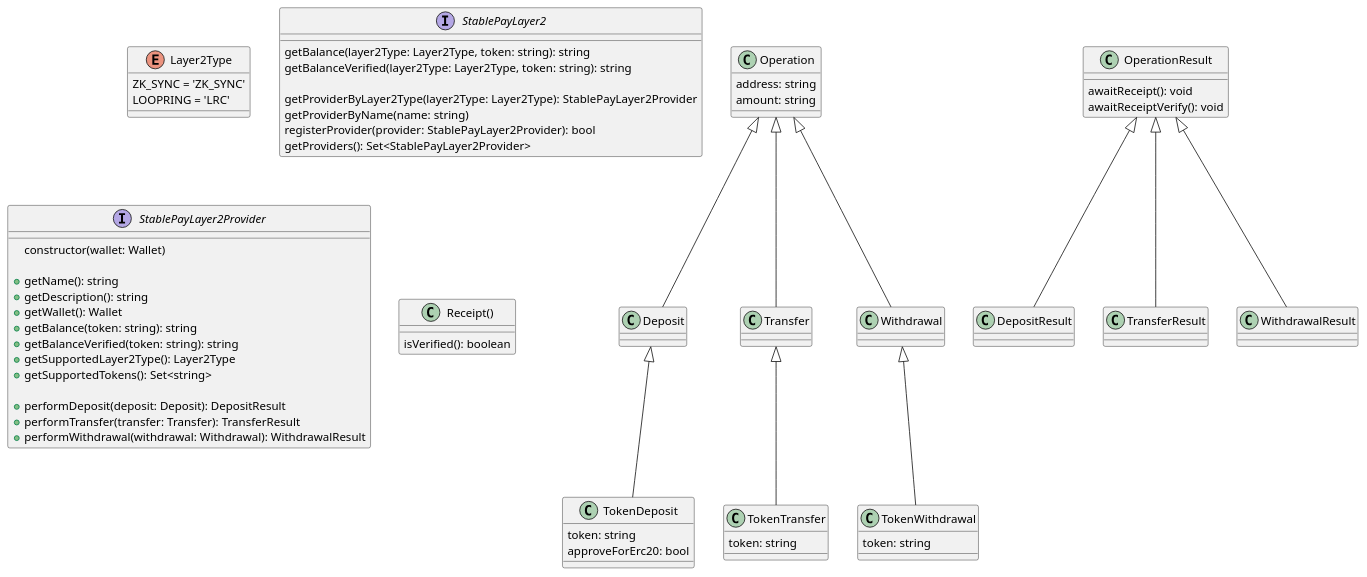
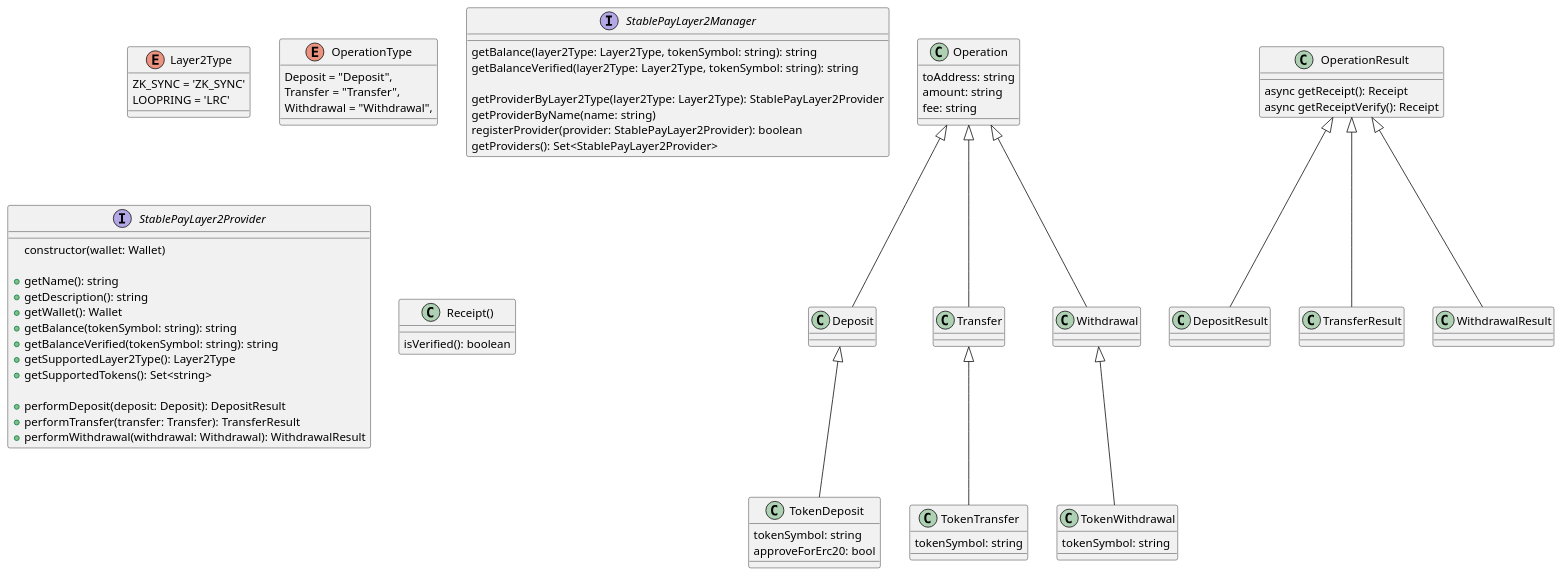
The diagram in docs/design.puml (isekai0/sdk_l2), drawn with PlantUML before and after one commit. The commit also changed 5 other files, not shown here.

```diff
--- a/docs/design.puml
+++ b/docs/design.puml
@@ -1,151 +1,93 @@
 @startuml covid sos datamodel
 
 enum Layer2Type {
   ZK_SYNC = 'ZK_SYNC'
   LOOPRING = 'LRC'
 }
 
+enum OperationType {
+  Deposit = "Deposit",
+  Transfer = "Transfer",
+  Withdrawal = "Withdrawal",
+}
+
 class Operation {
-  address: string
+  toAddress: string
   amount: string
+  fee: string
 }
 
 class Deposit {
 }
 Operation <|-- Deposit
 class TokenDeposit {
-  token: string
+  tokenSymbol: string
   approveForErc20: bool
 }
 Deposit <|-- TokenDeposit
 
 class Transfer {
 }
 Operation <|-- Transfer
 class TokenTransfer {
-  token: string
+  tokenSymbol: string
 }
 Transfer <|-- TokenTransfer
 
 class Withdrawal {
 }
 Operation <|-- Withdrawal
 class TokenWithdrawal {
-  token: string
+  tokenSymbol: string
 }
 Withdrawal <|-- TokenWithdrawal
 
 
-interface StablePayLayer2 {
-  getBalance(layer2Type: Layer2Type, token: string): string
-  getBalanceVerified(layer2Type: Layer2Type, token: string): string
+interface StablePayLayer2Manager {
+  getBalance(layer2Type: Layer2Type, tokenSymbol: string): string
+  getBalanceVerified(layer2Type: Layer2Type, tokenSymbol: string): string
 
   getProviderByLayer2Type(layer2Type: Layer2Type): StablePayLayer2Provider
   getProviderByName(name: string)
-  registerProvider(provider: StablePayLayer2Provider): bool
+  registerProvider(provider: StablePayLayer2Provider): boolean
   getProviders(): Set<StablePayLayer2Provider>
 }
 
 interface StablePayLayer2Provider {
   constructor(wallet: Wallet)
 
   + getName(): string
   + getDescription(): string
   + getWallet(): Wallet
-  + getBalance(token: string): string
-  + getBalanceVerified(token: string): string
+  + getBalance(tokenSymbol: string): string
+  + getBalanceVerified(tokenSymbol: string): string
   + getSupportedLayer2Type(): Layer2Type
   + getSupportedTokens(): Set<string>
 
   + performDeposit(deposit: Deposit): DepositResult
   + performTransfer(transfer: Transfer): TransferResult
   + performWithdrawal(withdrawal: Withdrawal): WithdrawalResult
 }
 
 class OperationResult {
-  awaitReceipt(): void
-  awaitReceiptVerify(): void
+  async getReceipt(): Receipt
+  async getReceiptVerify(): Receipt
 }
 
 class DepositResult {
 }
 OperationResult <|-- DepositResult
 
 class TransferResult {
 }
 OperationResult <|-- TransferResult
 
 class WithdrawalResult {
 }
 OperationResult <|-- WithdrawalResult
 
 class Receipt() {
   isVerified(): boolean
 }
 
-
-
-' class CollectionCenter {
-'   *name: string
-'   address : string
-'   *email: string
-'   province: string
-'   canton: string
-'   distrito: string
-'   exactAddress: string
-' }
-
-' class Manager {
-'   *documentId: string
-' }
-
-' class Carrier {
-'   *address : string
-' }
-
-' class Merchandise {
-'   *arrivalTime: DateTime
-'   *collectionCenter: CollectionCenter
-'   *photo: Image
-'   description: string
-'   departureTime: DateTime
-' }
-
-' class AidPackage {
-'   *beneficiary: Beneficiary
-'   *status: AidPackageStatusType
-'   *description: string
-'   *photo: Image
-'   *collectionCenter: CollectionCenter
-'   carrier: Carrier
-' }
-
-' enum RoleType {
-'   Director = 4
-'   Manager = 3
-'   Carrier = 2
-'   Visitor = 1
-'   Beneficiary = 0
-' }
-
-' enum AidPackageStatusType {
-'   New
-'   Approved
-'   Rejected
-'   InTransit
-'   Delivered
-' }
-
-' enum BeneficiaryType {
-'   Critical = 3
-'   Accepted = 2
-'   Rejected = 1
-' }
-
-' AidPackage "0..*" -- "1" CollectionCenter
-' Manager "0..1" -- "1..* centers" CollectionCenter : manage >
-' CollectionCenter "  1 collectionCenter" -- "0..* products" Merchandise : has >
-' Carrier "0..1 carrier" -- AidPackage : delivers >
-' Carrier "0..*" -- "0..1" CollectionCenter : affiliated to >
-' Beneficiary "1 beneficiary" -- AidPackage : AidPackages >
 @enduml
```
